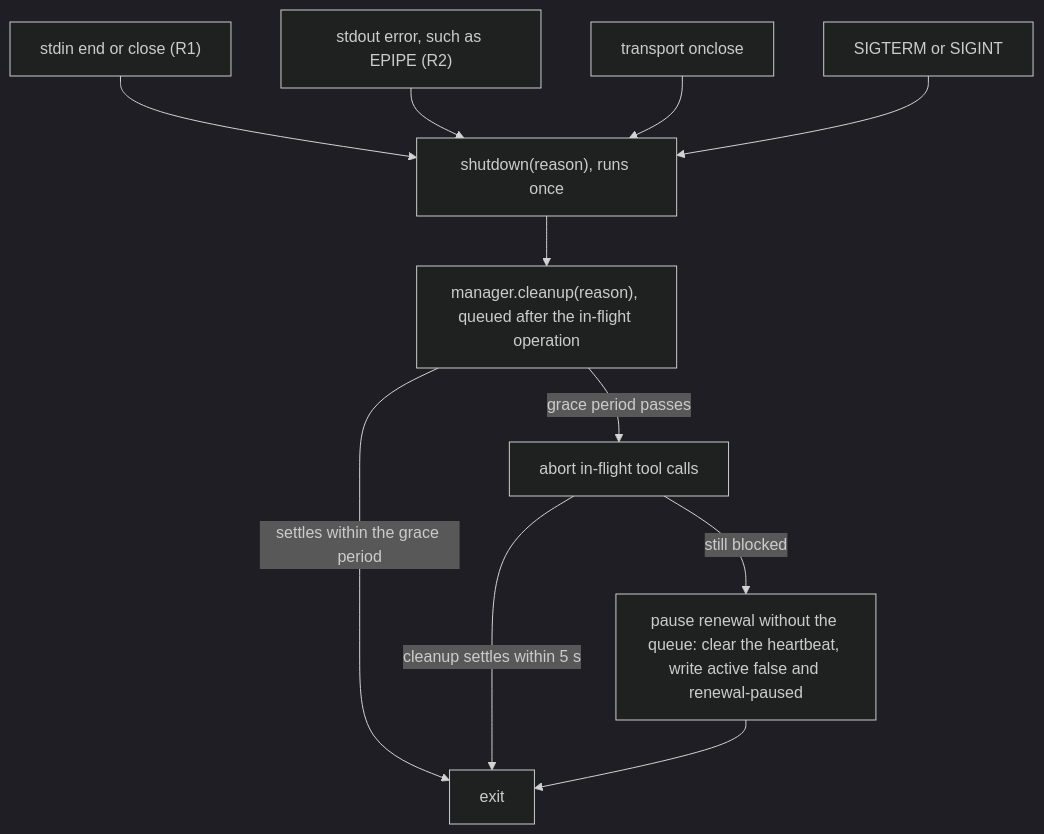
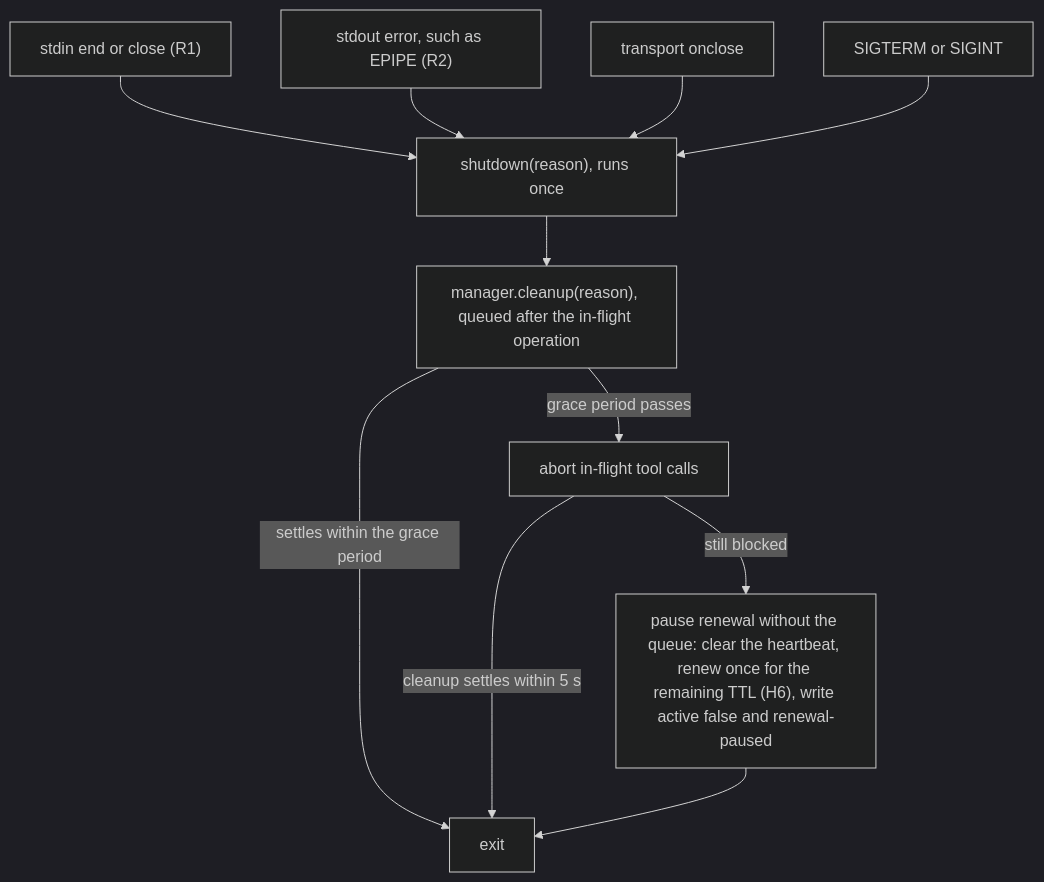
Before and after one commit to WeZZard/mcp-vm-relay: the diagram in docs/lifecycle-fixes.md, drawn with Mermaid (dark theme). The commit also changed other lines of this file and 8 other files, not shown here.

````diff
--- a/docs/lifecycle-fixes.md
+++ b/docs/lifecycle-fixes.md
@@ -57,13 +58,13 @@
 ```mermaid
 flowchart TD
     EOF["stdin end or close (R1)"] --> S
     EPIPE["stdout error, such as EPIPE (R2)"] --> S
     ONCLOSE["transport onclose"] --> S
     SIG["SIGTERM or SIGINT"] --> S
     S["shutdown(reason), runs once"] --> Q["manager.cleanup(reason), queued after the in-flight operation"]
     Q -->|settles within the grace period| X["exit"]
     Q -->|grace period passes| A["abort in-flight tool calls"]
     A -->|cleanup settles within 5 s| X
-    A -->|still blocked| P["pause renewal without the queue: clear the heartbeat, write active false and renewal-paused"]
+    A -->|still blocked| P["pause renewal without the queue: clear the heartbeat, renew once for the remaining TTL (H6), write active false and renewal-paused"]
     P --> X
 ```
````
